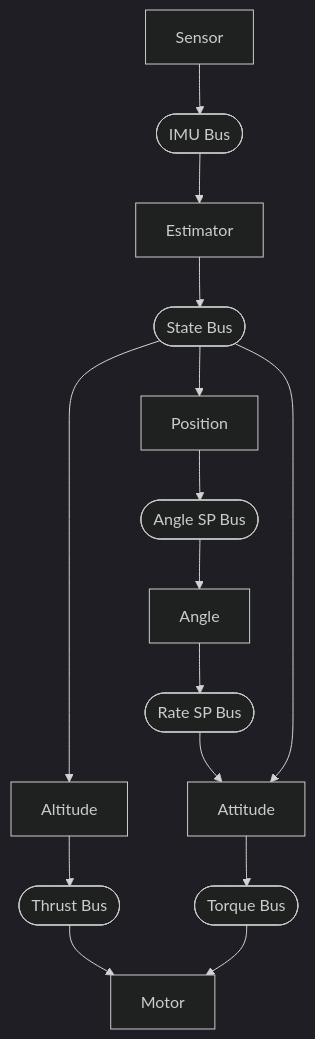
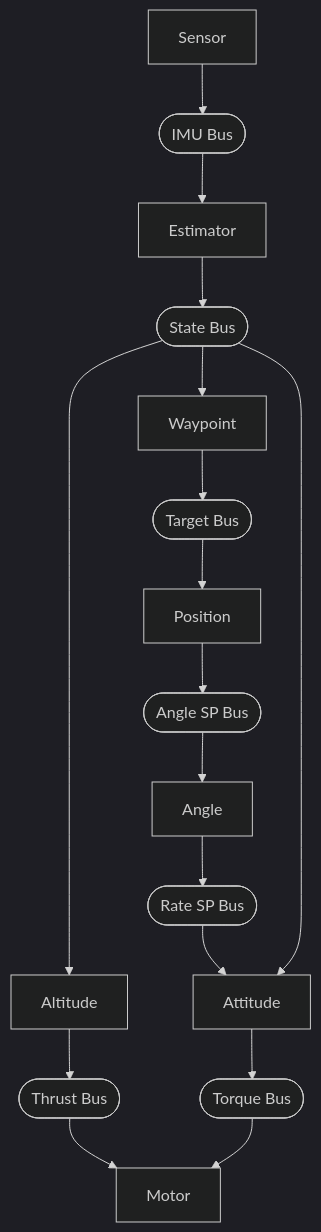
Before and after one commit to joagre/rt: the diagram in examples/pilot/README.md, drawn with Mermaid (dark theme). The commit also changed other lines of this file and 1 other file, not shown here.

First line of the commit message:
Update pilot documentation with waypoint navigation

````diff
--- a/examples/pilot/README.md
+++ b/examples/pilot/README.md
@@ -54,9 +56,10 @@
 ```mermaid
 graph TB
     Sensor[Sensor] --> IMUBus([IMU Bus]) --> Estimator[Estimator] --> StateBus([State Bus])
 
     StateBus --> Altitude[Altitude] --> ThrustBus([Thrust Bus]) --> Motor[Motor]
-    StateBus --> Position[Position] --> AngleSP([Angle SP Bus]) --> Angle[Angle]
+    StateBus --> Waypoint[Waypoint] --> TargetBus([Target Bus]) --> Position[Position]
+    Position --> AngleSP([Angle SP Bus]) --> Angle[Angle]
     Angle --> RateSP([Rate SP Bus]) --> Attitude[Attitude]
     StateBus --> Attitude --> TorqueBus([Torque Bus]) --> Motor
 ```
````
